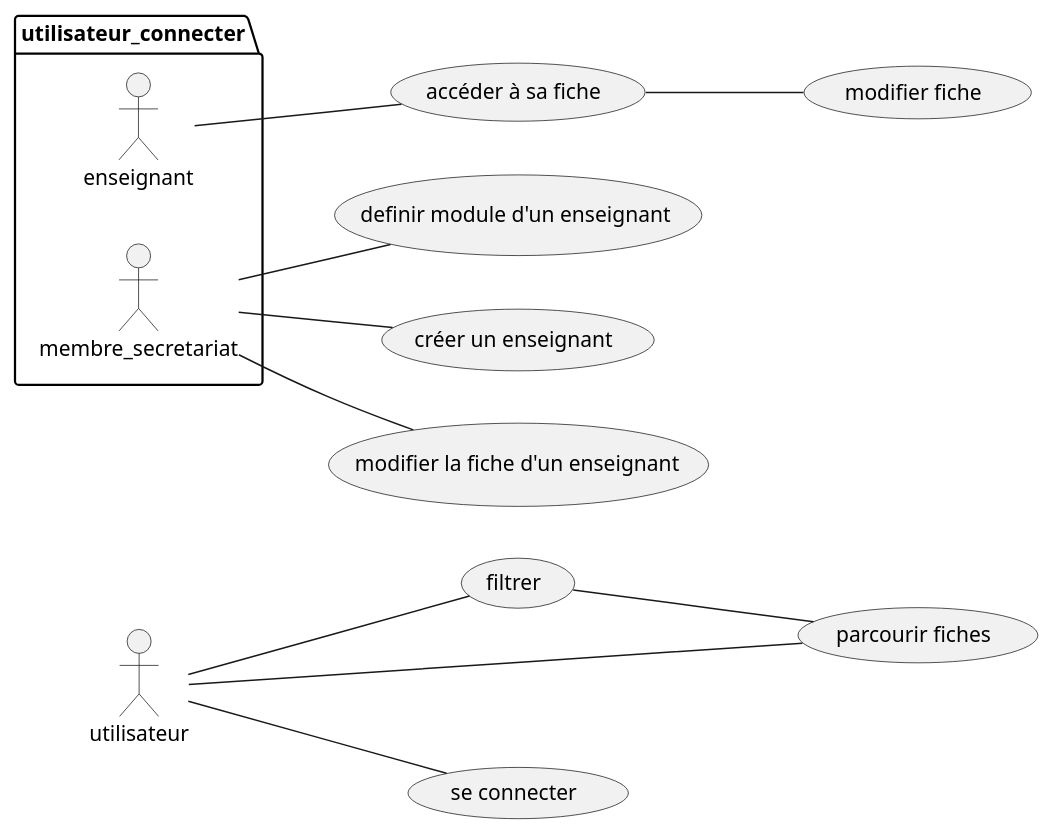
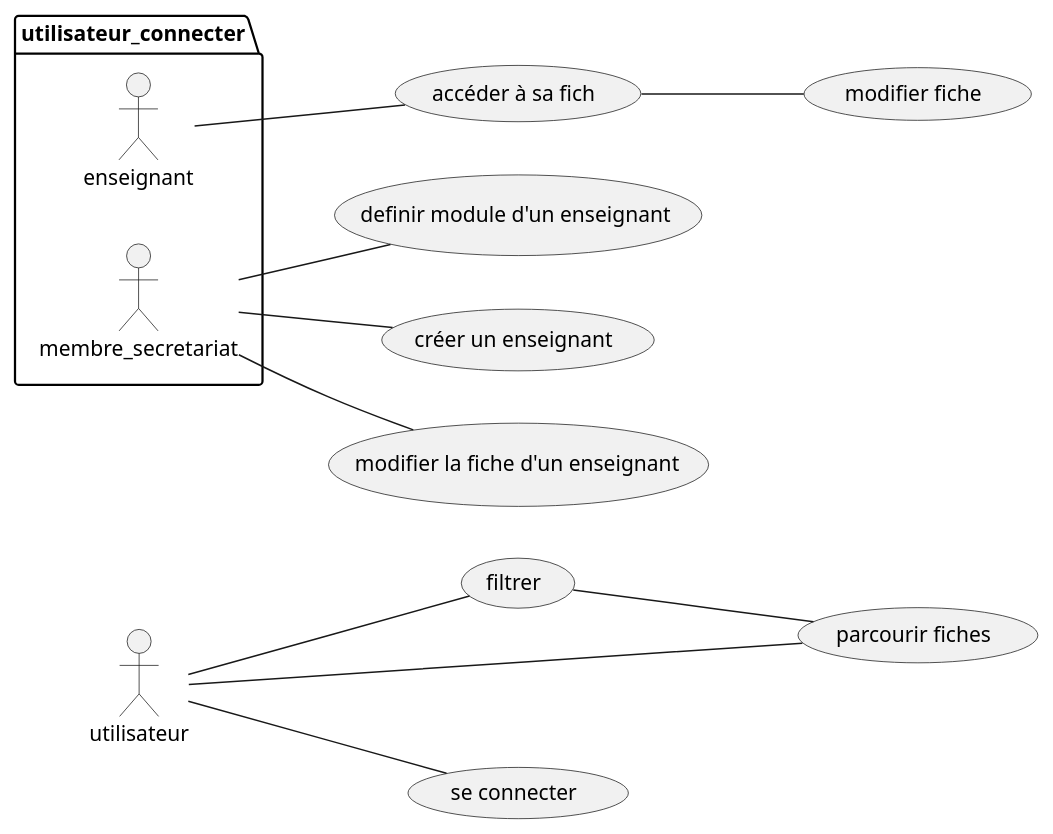
Before and after one commit to IUT-Blagnac/bcoo-retro2021-bcoo-retro2021-g14: the diagram in analyse/doc/usecase/cas-d'utilisation-analyse_conception.wsd, drawn with PlantUML.

```diff
--- a/analyse/doc/usecase/cas-d'utilisation-analyse_conception.wsd
+++ b/analyse/doc/usecase/cas-d'utilisation-analyse_conception.wsd
@@ -1,35 +1,35 @@
 @startuml
 left to right direction
 
 :utilisateur:
 package utilisateur_connecter{
 :enseignant:
 :membre_secretariat:
 }
 
 usecase filtre as "filtrer"
-usecase acfiche as "accéder à sa fiche"
+usecase acfiche as "accéder à sa fich"
 usecase modif as "modifier fiche"
 usecase parc as "parcourir fiches"
 usecase def as "definir module d'un enseignant"
 usecase co as "se connecter"
 usecase create as "créer un enseignant"
 usecase modifen as "modifier la fiche d'un enseignant"
 
 utilisateur -- parc
 utilisateur -- filtre
 utilisateur -- co
 
 enseignant -- acfiche
 
 membre_secretariat -- modifen
 membre_secretariat -- def
 membre_secretariat -- create
 
 filtre -- parc
 
 acfiche -- modif
 
 
 
 @enduml
```
